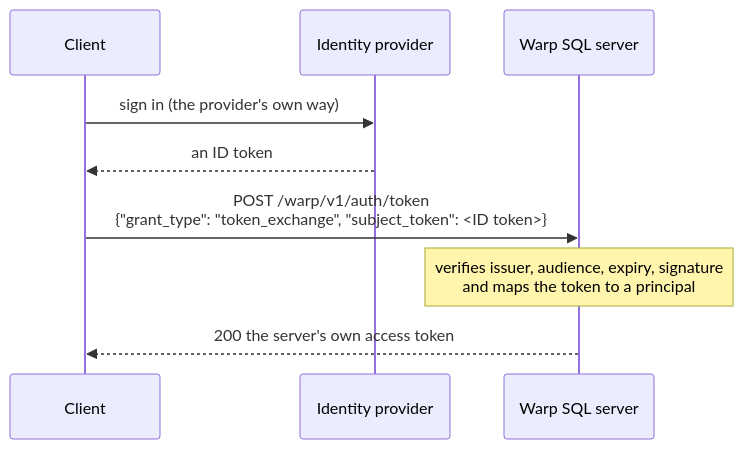
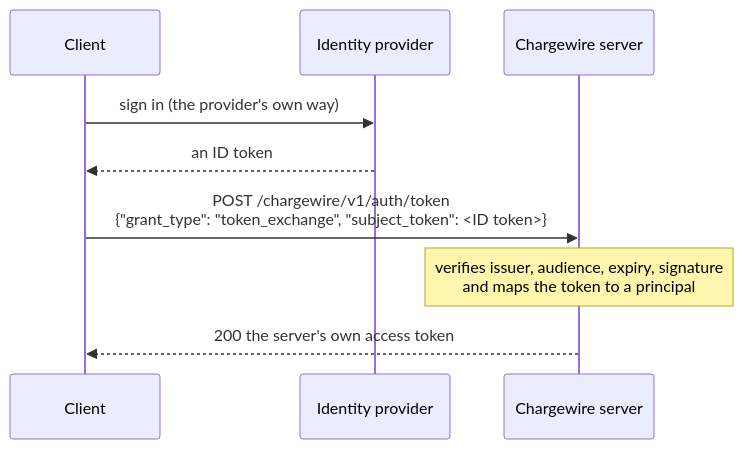
The diagram in site/src/diagrams/signin-token-exchange.mmd (gizmodata/chargewire), drawn with Mermaid before and after one commit. The commit also changed 211 other files, not shown here.

```diff
--- a/site/src/diagrams/signin-token-exchange.mmd
+++ b/site/src/diagrams/signin-token-exchange.mmd
@@ -1,9 +1,9 @@
 sequenceDiagram
   participant C as Client
   participant I as Identity provider
-  participant S as Warp SQL server
+  participant S as Chargewire server
   C->>I: sign in (the provider's own way)
   I-->>C: an ID token
-  C->>S: POST /warp/v1/auth/token<br/>{"grant_type": "token_exchange", "subject_token": <ID token>}
+  C->>S: POST /chargewire/v1/auth/token<br/>{"grant_type": "token_exchange", "subject_token": <ID token>}
   Note over S: verifies issuer, audience, expiry, signature<br/>and maps the token to a principal
   S-->>C: 200 the server's own access token
```
